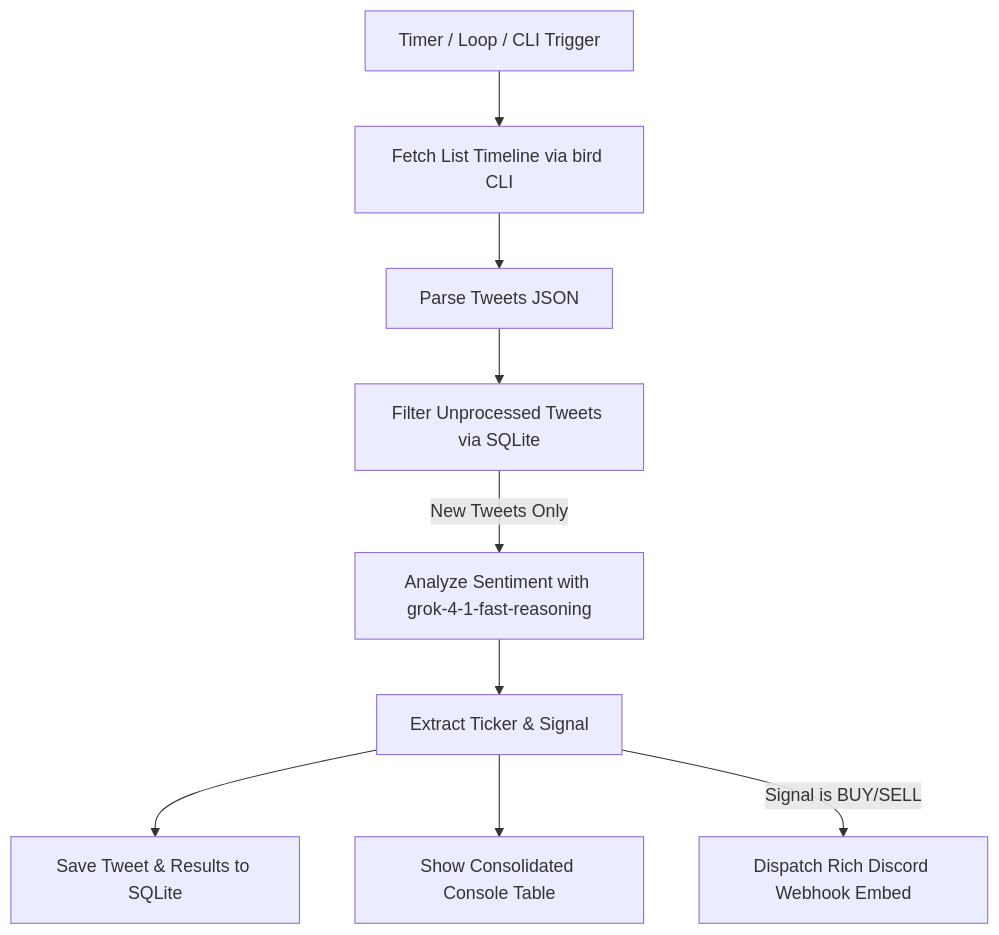
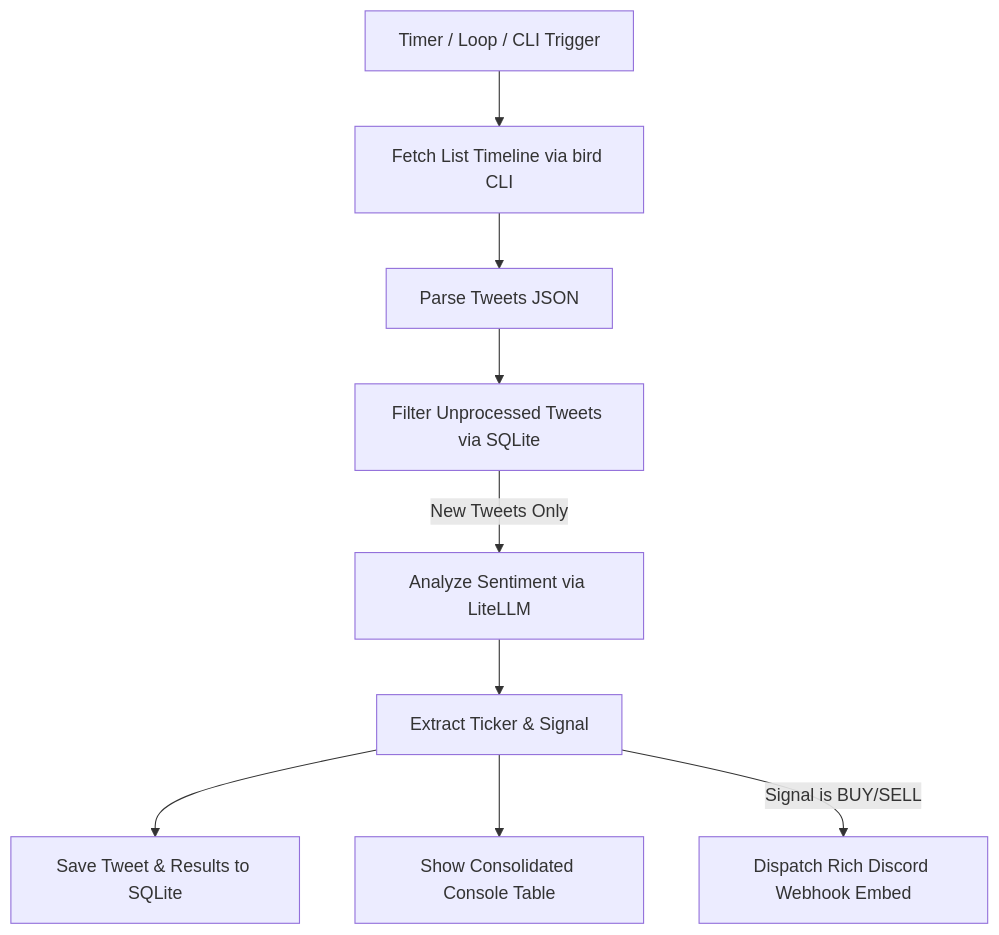
The diagram in architecture.md (dcimring/tweet-alpha), drawn with Mermaid before and after one commit. The commit also changed other lines of this file and 3 other files, not shown here.

Commit message:
Integrate LiteLLM for multi-model support, dynamic pricing, and pricing lookup resilience

````diff
--- a/architecture.md
+++ b/architecture.md
@@ -11,11 +11,11 @@
 ```mermaid
 graph TD
     A[Timer / Loop / CLI Trigger] --> B[Fetch List Timeline via bird CLI]
     B --> C[Parse Tweets JSON]
     C --> D[Filter Unprocessed Tweets via SQLite]
-    D -->|New Tweets Only| E[Analyze Sentiment with grok-4-1-fast-reasoning]
+    D -->|New Tweets Only| E[Analyze Sentiment via LiteLLM]
     E --> F[Extract Ticker & Signal]
     F --> G[Save Tweet & Results to SQLite]
     F --> H[Show Consolidated Console Table]
     F -->|Signal is BUY/SELL| I[Dispatch Rich Discord Webhook Embed]
 ```
````
